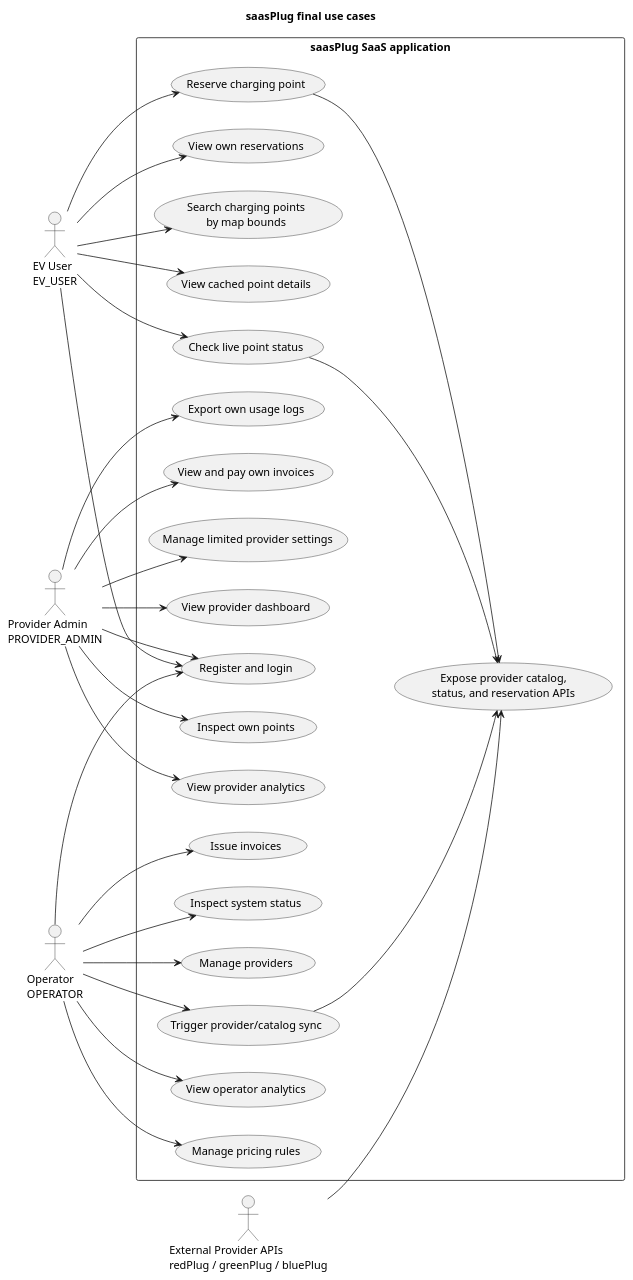
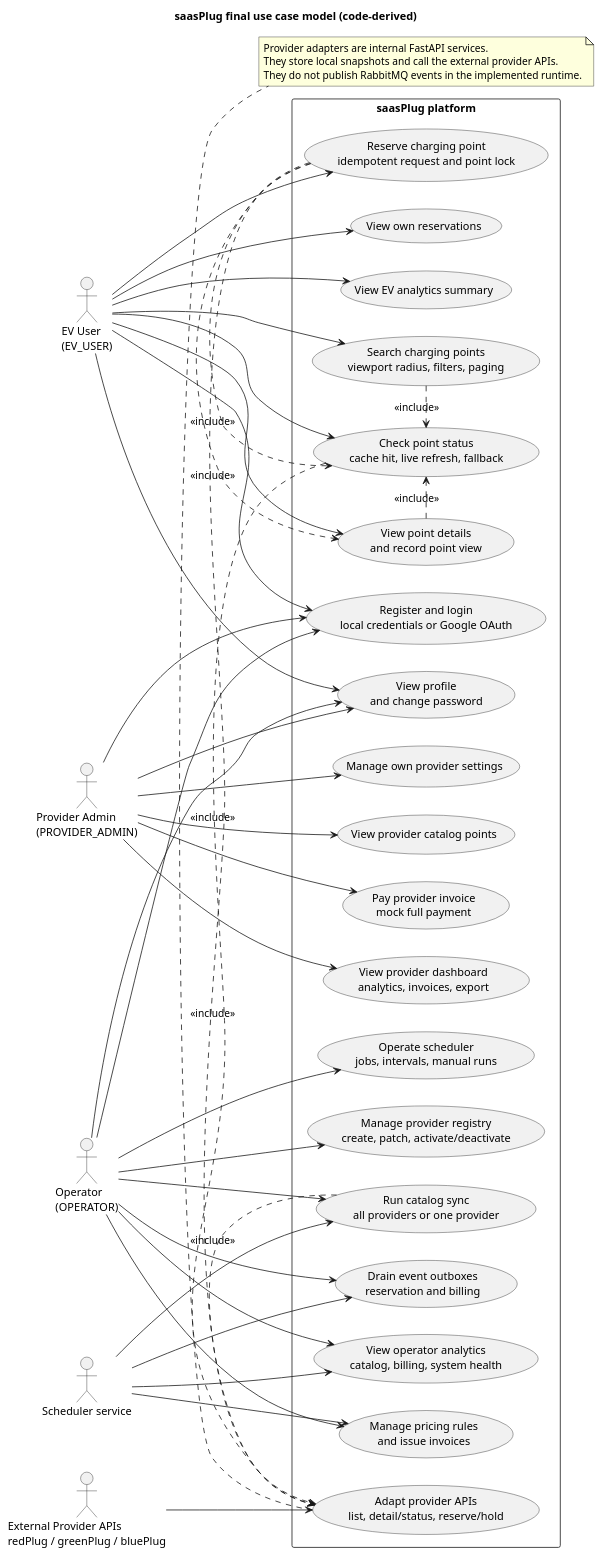
Before and after one commit to ntua-el21026/ntua-saasplug: the diagram in docs/diagrams/final/use-case.puml, drawn with PlantUML. The commit also changed 48 other files, not shown here.

Commit message:
Update diagrams and documentation

```diff
--- a/docs/diagrams/final/use-case.puml
+++ b/docs/diagrams/final/use-case.puml
@@ -1,63 +1,83 @@
 @startuml
-title saasPlug final use cases
+title saasPlug final use case model (code-derived)
 left to right direction
+skinparam packageStyle rectangle
+skinparam shadowing false
 
-actor "EV User\nEV_USER" as EvUser
-actor "Provider Admin\nPROVIDER_ADMIN" as ProviderAdmin
-actor "Operator\nOPERATOR" as Operator
-actor "External Provider APIs\nredPlug / greenPlug / bluePlug" as ProviderApis
+actor "EV User\n(EV_USER)" as EV
+actor "Provider Admin\n(PROVIDER_ADMIN)" as ProviderAdmin
+actor "Operator\n(OPERATOR)" as Operator
+actor "External Provider APIs\nredPlug / greenPlug / bluePlug" as ExternalProviders
+actor "Scheduler service" as Scheduler
 
-rectangle "saasPlug SaaS application" {
-  usecase "Register and login" as UCAuth
-  usecase "Search charging points\nby map bounds" as UCSearch
-  usecase "View cached point details" as UCDetails
-  usecase "Check live point status" as UCStatus
-  usecase "Reserve charging point" as UCReserve
-  usecase "View own reservations" as UCReservations
+rectangle "saasPlug platform" {
+  usecase "Register and login\nlocal credentials or Google OAuth" as Auth
+  usecase "View profile\nand change password" as Profile
 
-  usecase "View provider dashboard" as UCProviderDashboard
-  usecase "Inspect own points" as UCProviderPoints
-  usecase "View provider analytics" as UCProviderAnalytics
-  usecase "Export own usage logs" as UCProviderExport
-  usecase "View and pay own invoices" as UCProviderInvoices
-  usecase "Manage limited provider settings" as UCProviderSettings
+  usecase "Search charging points\nviewport radius, filters, paging" as Search
+  usecase "View point details\nand record point view" as PointDetail
+  usecase "Check point status\ncache hit, live refresh, fallback" as StatusLookup
+  usecase "Reserve charging point\nidempotent request and point lock" as Reserve
+  usecase "View own reservations" as OwnReservations
+  usecase "View EV analytics summary" as EvAnalytics
 
-  usecase "Manage providers" as UCManageProviders
-  usecase "Trigger provider/catalog sync" as UCSync
-  usecase "View operator analytics" as UCOperatorAnalytics
-  usecase "Manage pricing rules" as UCPricing
-  usecase "Issue invoices" as UCIssueInvoices
-  usecase "Inspect system status" as UCSystem
+  usecase "View provider dashboard\nanalytics, invoices, export" as ProviderDashboard
+  usecase "Manage own provider settings" as ProviderSettings
+  usecase "View provider catalog points" as ProviderPoints
+  usecase "Pay provider invoice\nmock full payment" as PayInvoice
 
-  usecase "Expose provider catalog,\nstatus, and reservation APIs" as UCProviderApis
+  usecase "Manage provider registry\ncreate, patch, activate/deactivate" as ProviderRegistry
+  usecase "Run catalog sync\nall providers or one provider" as CatalogSync
+  usecase "Operate scheduler\njobs, intervals, manual runs" as SchedulerOps
+  usecase "View operator analytics\ncatalog, billing, system health" as OperatorAnalytics
+  usecase "Manage pricing rules\nand issue invoices" as BillingOps
+  usecase "Drain event outboxes\nreservation and billing" as OutboxOps
+
+  usecase "Adapt provider APIs\nlist, detail/status, reserve/hold" as ProviderAdapters
 }
 
-EvUser --> UCAuth
-EvUser --> UCSearch
-EvUser --> UCDetails
-EvUser --> UCStatus
-EvUser --> UCReserve
-EvUser --> UCReservations
+EV --> Auth
+EV --> Profile
+EV --> Search
+EV --> PointDetail
+EV --> StatusLookup
+EV --> Reserve
+EV --> OwnReservations
+EV --> EvAnalytics
 
-ProviderAdmin --> UCAuth
-ProviderAdmin --> UCProviderDashboard
-ProviderAdmin --> UCProviderPoints
-ProviderAdmin --> UCProviderAnalytics
-ProviderAdmin --> UCProviderExport
-ProviderAdmin --> UCProviderInvoices
-ProviderAdmin --> UCProviderSettings
+ProviderAdmin --> Auth
+ProviderAdmin --> Profile
+ProviderAdmin --> ProviderDashboard
+ProviderAdmin --> ProviderSettings
+ProviderAdmin --> ProviderPoints
+ProviderAdmin --> PayInvoice
 
-Operator --> UCAuth
-Operator --> UCManageProviders
-Operator --> UCSync
-Operator --> UCOperatorAnalytics
-Operator --> UCPricing
-Operator --> UCIssueInvoices
-Operator --> UCSystem
+Operator --> Auth
+Operator --> Profile
+Operator --> ProviderRegistry
+Operator --> CatalogSync
+Operator --> SchedulerOps
+Operator --> OperatorAnalytics
+Operator --> BillingOps
+Operator --> OutboxOps
 
-UCStatus --> UCProviderApis
-UCReserve --> UCProviderApis
-UCSync --> UCProviderApis
-ProviderApis --> UCProviderApis
+Scheduler --> CatalogSync
+Scheduler --> OutboxOps
+Scheduler --> OperatorAnalytics
+Scheduler --> BillingOps
 
+Search .> StatusLookup : <<include>>
+PointDetail .> StatusLookup : <<include>>
+Reserve .> PointDetail : <<include>>
+Reserve .> StatusLookup : <<include>>
+CatalogSync .> ProviderAdapters : <<include>>
+StatusLookup .> ProviderAdapters : <<include>>
+Reserve .> ProviderAdapters : <<include>>
+ExternalProviders --> ProviderAdapters
+
+note bottom of ProviderAdapters
+Provider adapters are internal FastAPI services.
+They store local snapshots and call the external provider APIs.
+They do not publish RabbitMQ events in the implemented runtime.
+end note
 @enduml
```
